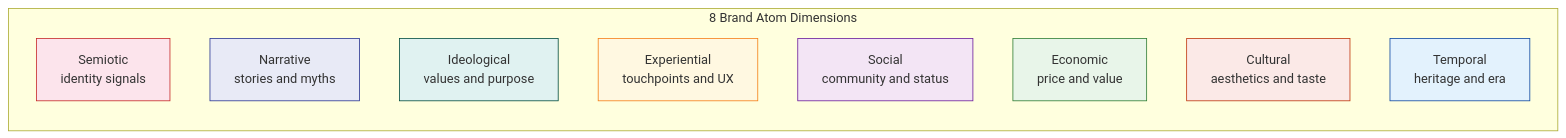
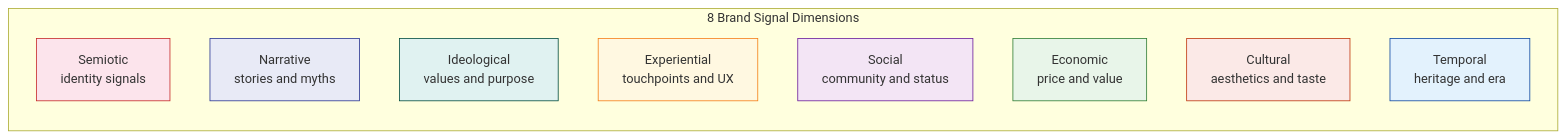
Before and after one commit to spectralbranding/sbt-framework: the second of 6 diagrams in docs/GLOSSARY.md, drawn with Mermaid. The commit also changed other lines of this file, not shown here.

First line of the commit message:
glossary: atom->signal lean + Brand Spectrometer measurement layer

````diff
--- a/docs/GLOSSARY.md
+++ b/docs/GLOSSARY.md
@@ -155,22 +160,22 @@
 ```mermaid
 graph LR
-    subgraph "8 Brand Atom Dimensions"
+    subgraph "8 Brand Signal Dimensions"
         SEM[Semiotic<br/>identity signals]
         NAR[Narrative<br/>stories and myths]
         IDE[Ideological<br/>values and purpose]
         EXP[Experiential<br/>touchpoints and UX]
         SOC[Social<br/>community and status]
         ECO[Economic<br/>price and value]
         CUL[Cultural<br/>aesthetics and taste]
         TMP[Temporal<br/>heritage and era]
     end
 
     style SEM fill:#fce4ec,stroke:#c62828
     style NAR fill:#e8eaf6,stroke:#283593
     style IDE fill:#e0f2f1,stroke:#004d40
     style EXP fill:#fff8e1,stroke:#f57f17
     style SOC fill:#f3e5f5,stroke:#6a1b9a
     style ECO fill:#e8f5e9,stroke:#2e7d32
     style CUL fill:#fbe9e7,stroke:#bf360c
     style TMP fill:#e3f2fd,stroke:#0d47a1
 ```
````
